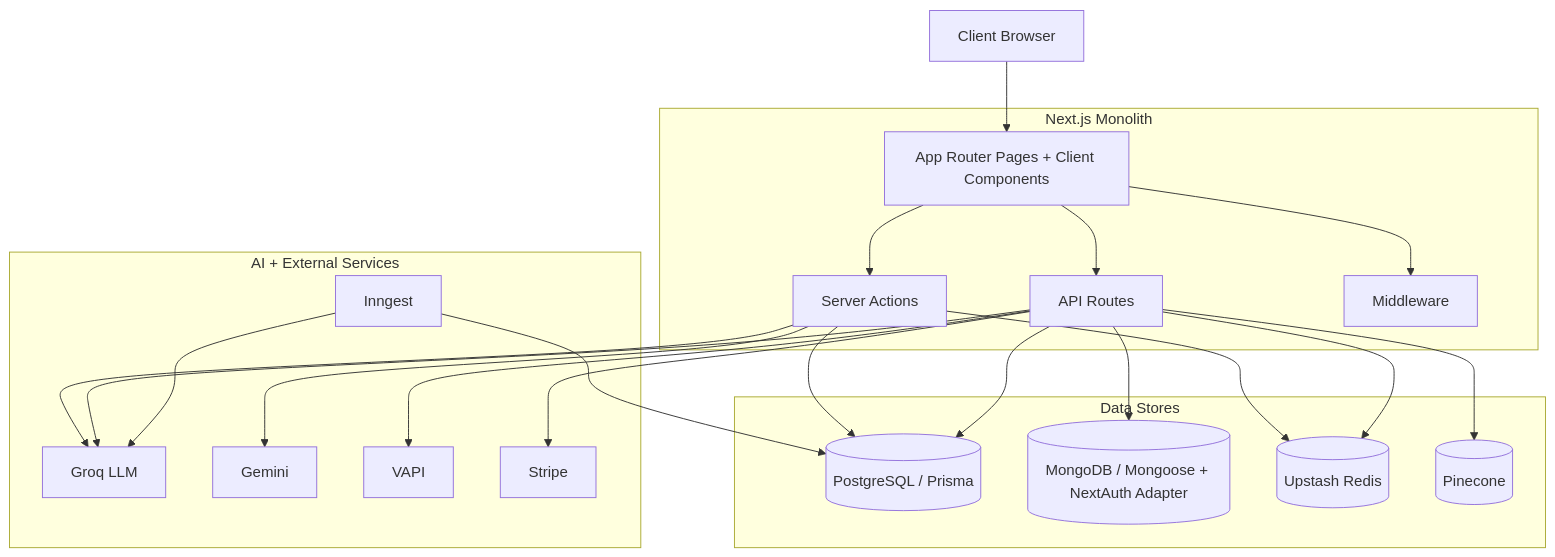
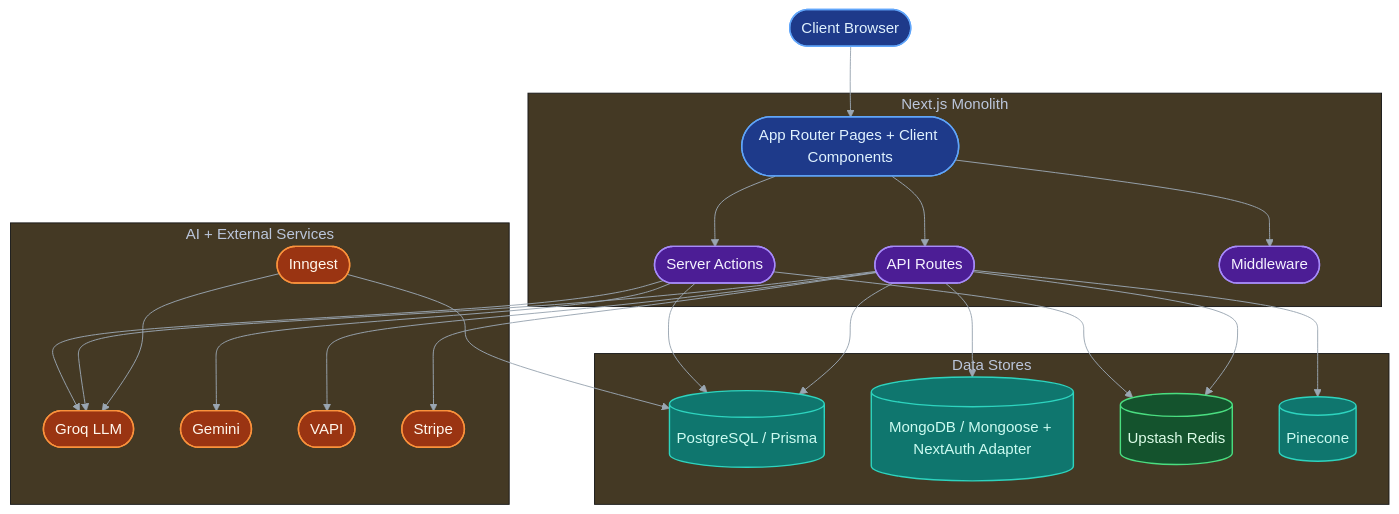
Before and after one commit to AbhinavSinghBhadouria/InterViewX: the first of 6 diagrams in COMPREHENSIVE_README.md, drawn with Mermaid. The commit also changed other lines of this file and 1 other file, not shown here.

Commit message:
Add styling to mermaid diagrams

````diff
--- a/COMPREHENSIVE_README.md
+++ b/COMPREHENSIVE_README.md
@@ -27,47 +27,60 @@
 ```mermaid
+%%{init: {"theme": "base", "themeVariables": {"background": "#0b1020", "primaryColor": "#1b2333", "primaryBorderColor": "#3a4a66", "primaryTextColor": "#e6edf3", "lineColor": "#9aa6b2"}, "flowchart": {"curve": "basis"}}}%%
 flowchart TB
-  Browser[Client Browser]
+  Browser([Client Browser])
 
   subgraph NextApp[Next.js Monolith]
-    UI[App Router Pages + Client Components]
-    SA[Server Actions]
-    API[API Routes]
-    MW[Middleware]
+    UI([App Router Pages + Client Components])
+    SA([Server Actions])
+    API([API Routes])
+    MW([Middleware])
   end
 
   subgraph DataStores[Data Stores]
     PG[(PostgreSQL / Prisma)]
     MG[(MongoDB / Mongoose + NextAuth Adapter)]
     RD[(Upstash Redis)]
     PN[(Pinecone)]
   end
 
   subgraph AIExternal[AI + External Services]
-    GQ[Groq LLM]
-    GM[Gemini]
-    VP[VAPI]
-    ST[Stripe]
-    IG[Inngest]
+    GQ([Groq LLM])
+    GM([Gemini])
+    VP([VAPI])
+    ST([Stripe])
+    IG([Inngest])
   end
 
   Browser --> UI
   UI --> SA
   UI --> API
   UI --> MW
 
   SA --> PG
   SA --> RD
   SA --> GQ
   SA --> GM
 
   API --> PG
   API --> MG
   API --> RD
   API --> PN
   API --> GQ
   API --> VP
   API --> ST
 
   IG --> PG
   IG --> GQ
+
+  classDef frontend fill:#1e3a8a,stroke:#60a5fa,color:#e0f2fe,stroke-width:1.5px;
+  classDef api fill:#4c1d95,stroke:#a78bfa,color:#f5f3ff,stroke-width:1.5px;
+  classDef cache fill:#14532d,stroke:#4ade80,color:#dcfce7,stroke-width:1.5px;
+  classDef database fill:#0f766e,stroke:#2dd4bf,color:#ccfbf1,stroke-width:1.5px;
+  classDef external fill:#9a3412,stroke:#fb923c,color:#fff7ed,stroke-width:1.5px;
+
+  class Browser,UI frontend;
+  class SA,API,MW api;
+  class RD cache;
+  class PG,MG,PN database;
+  class GQ,GM,VP,ST,IG external;
 ```
````
